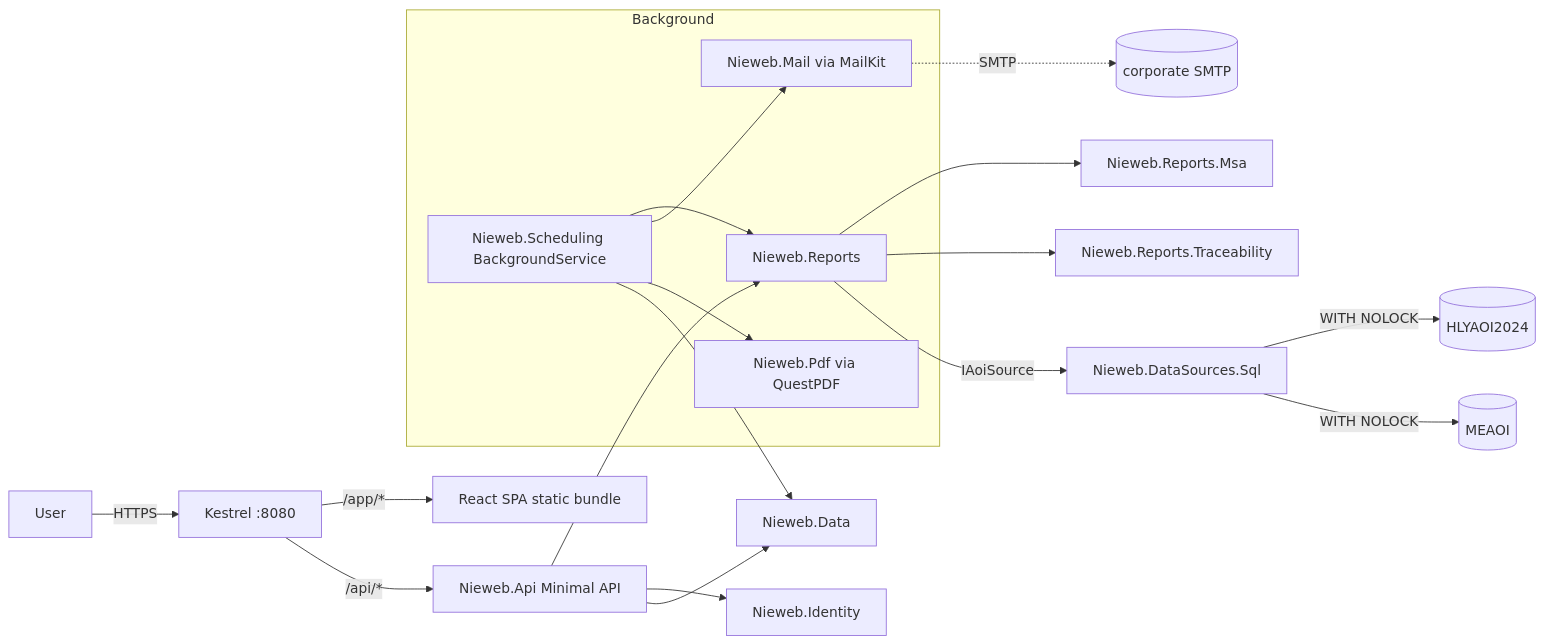
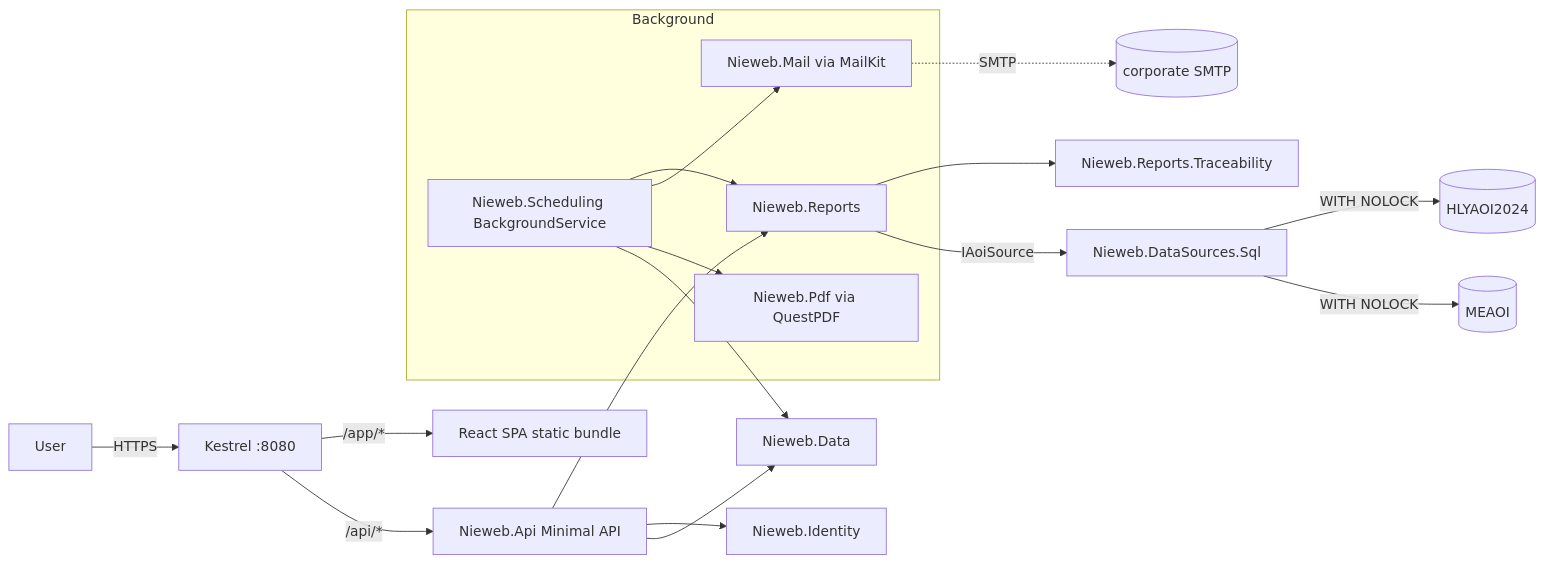
The diagram in docs/phase-2.md (Blonk854/nieweb), drawn with Mermaid before and after one commit. The commit also changed other lines of this file, not shown here.

Commit message:
docs(phase-2): fold in Q1-Q5 answers; MSA deferred to Phase 3; add corporate branding section

````diff
--- a/docs/phase-2.md
+++ b/docs/phase-2.md
@@ -192,22 +210,21 @@
 ```mermaid
 flowchart LR
     U[User] -->|HTTPS| K[Kestrel :8080]
     K -->|/app/*| S[React SPA static bundle]
     K -->|/api/*| A[Nieweb.Api Minimal API]
     A --> R[Nieweb.Reports]
-    R --> MSA[Nieweb.Reports.Msa]
     R --> TR[Nieweb.Reports.Traceability]
     R -->|IAoiSource| DS[Nieweb.DataSources.Sql]
     DS -->|WITH NOLOCK| H[(HLYAOI2024)]
     DS -->|WITH NOLOCK| M[(MEAOI)]
     A --> I[Nieweb.Identity]
     A --> D[Nieweb.Data]
     subgraph Background
       SCH[Nieweb.Scheduling BackgroundService]
       SCH --> R
       SCH --> ML[Nieweb.Mail via MailKit]
       SCH --> PDF[Nieweb.Pdf via QuestPDF]
     end
     SCH --> D
     ML -.SMTP.-> SMTP[(corporate SMTP)]
 ```
````
